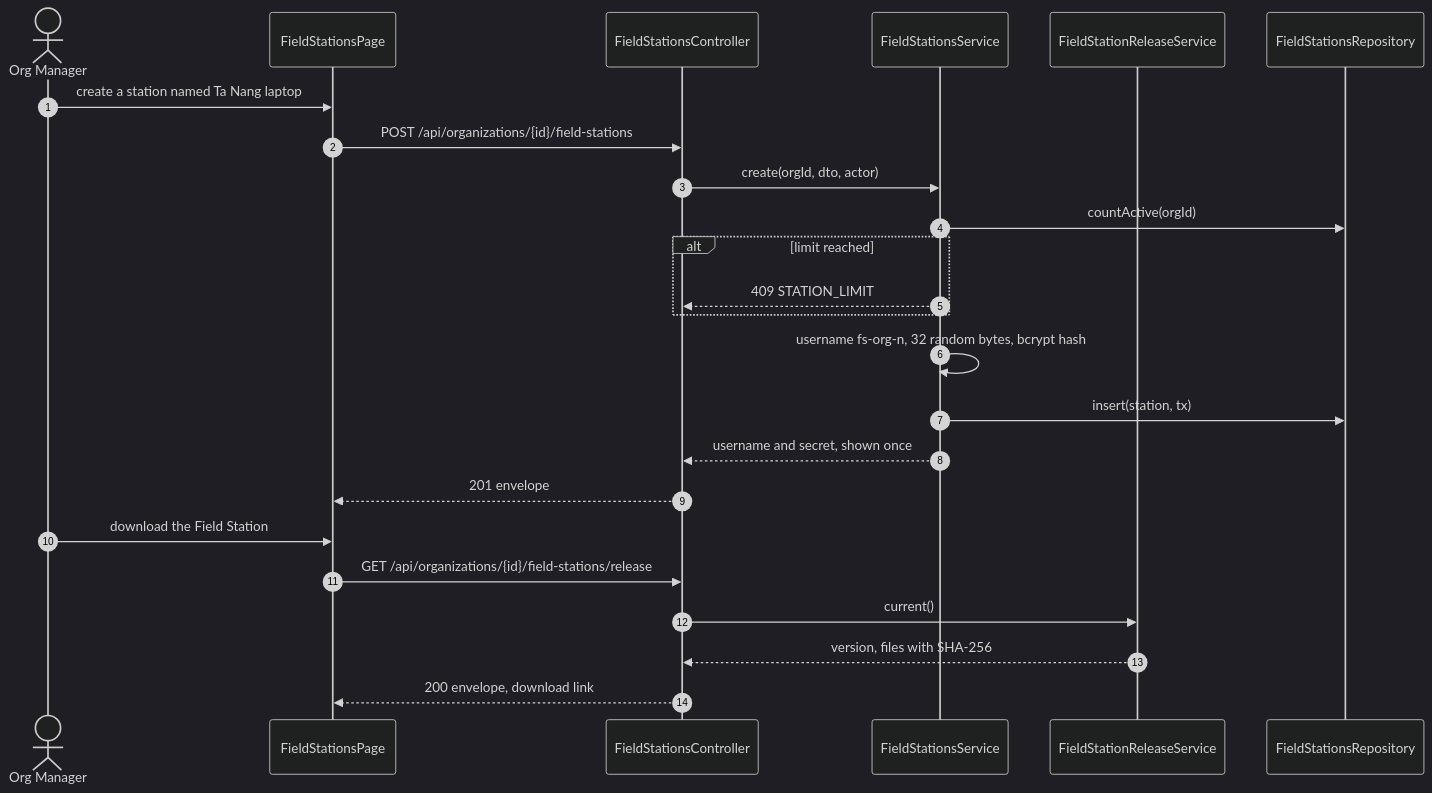
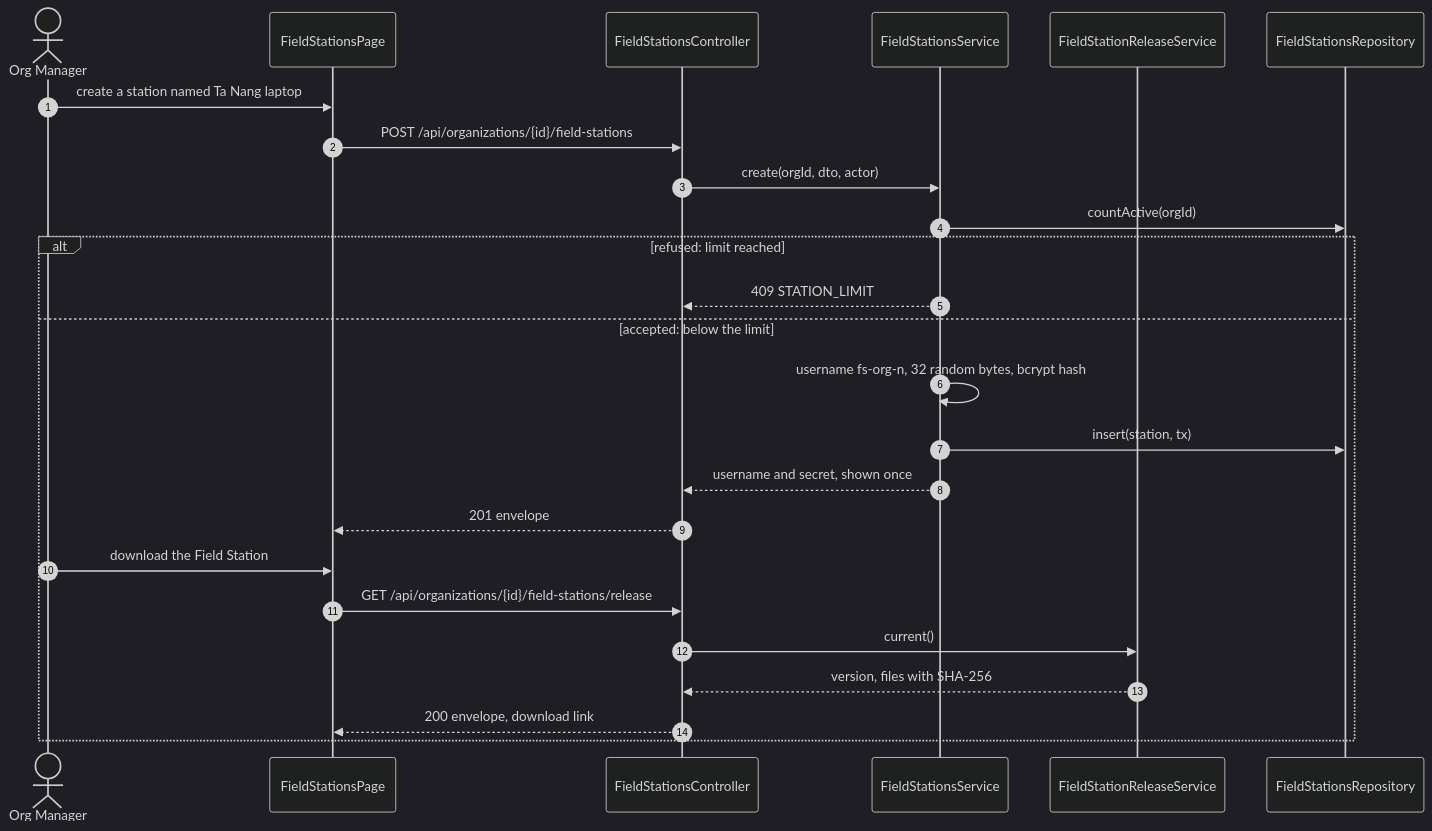
One commit to TrekLink-Team/treklink-web changed the eighth of 11 diagrams in specs/organizations/design.md. Above: the diagram before and after it, drawn with Mermaid (dark theme). The commit also changed other lines of this file and 39 other files, not shown here.

First line of the commit message:
docs: design periodic maintenance (D-047) and apply the SDD sequence conventions

````diff
--- a/specs/organizations/design.md
+++ b/specs/organizations/design.md
@@ -339,26 +341,27 @@
 ```mermaid
 sequenceDiagram
     autonumber
     actor M as Org Manager
     participant P as FieldStationsPage
     participant C as FieldStationsController
     participant S as FieldStationsService
     participant V as FieldStationReleaseService
     participant R as FieldStationsRepository
     M->>P: create a station named Ta Nang laptop
     P->>C: POST /api/organizations/{id}/field-stations
     C->>S: create(orgId, dto, actor)
     S->>R: countActive(orgId)
-    alt limit reached
+    alt refused: limit reached
         S-->>C: 409 STATION_LIMIT
+    else accepted: below the limit
+        S->>S: username fs-org-n, 32 random bytes, bcrypt hash
+        S->>R: insert(station, tx)
+        S-->>C: username and secret, shown once
+        C-->>P: 201 envelope
+        M->>P: download the Field Station
+        P->>C: GET /api/organizations/{id}/field-stations/release
+        C->>V: current()
+        V-->>C: version, files with SHA-256
+        C-->>P: 200 envelope, download link
     end
-    S->>S: username fs-org-n, 32 random bytes, bcrypt hash
-    S->>R: insert(station, tx)
-    S-->>C: username and secret, shown once
-    C-->>P: 201 envelope
-    M->>P: download the Field Station
-    P->>C: GET /api/organizations/{id}/field-stations/release
-    C->>V: current()
-    V-->>C: version, files with SHA-256
-    C-->>P: 200 envelope, download link
 ```
````
